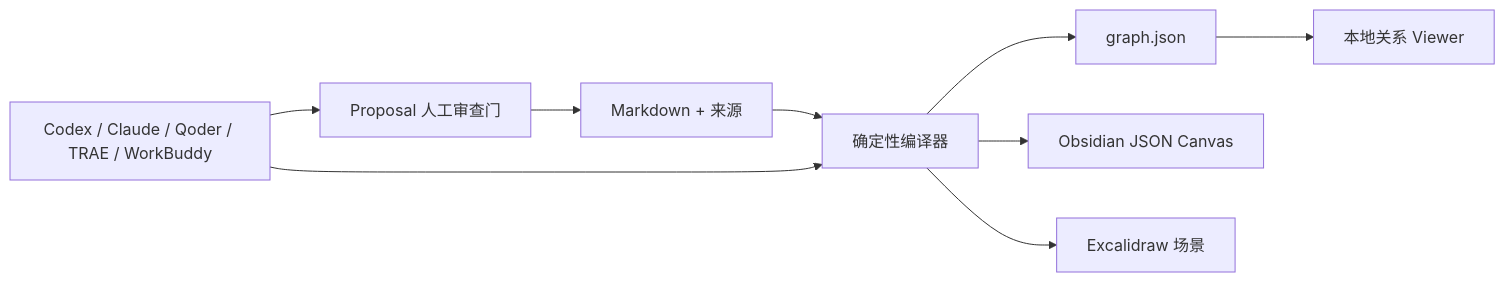
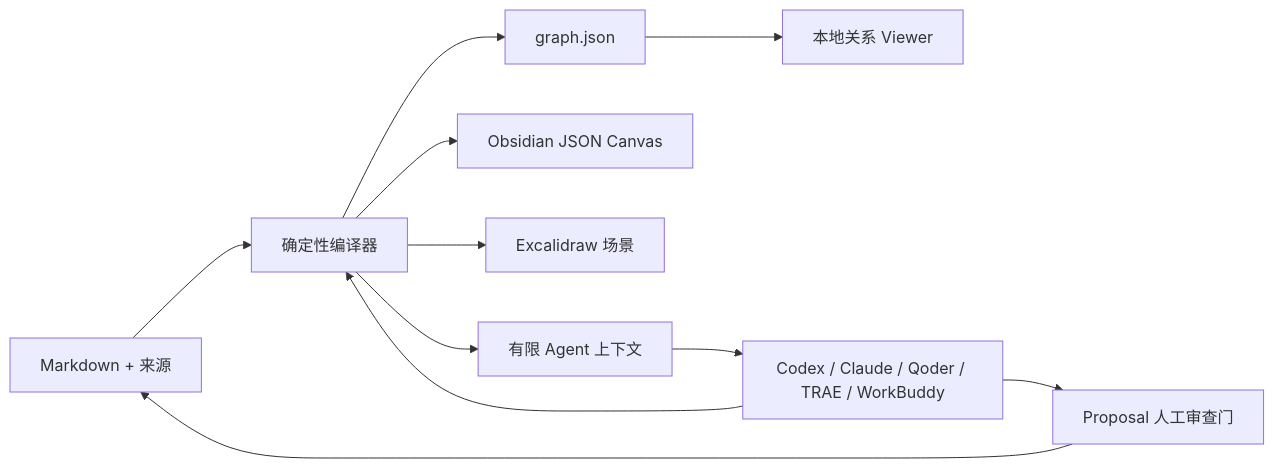
Before and after one commit to chicogong/llm-wiki-canvas: the diagram in README.zh-CN.md, drawn with Mermaid. The commit also changed other lines of this file and 27 other files, not shown here.

````diff
--- a/README.zh-CN.md
+++ b/README.zh-CN.md
@@ -189,11 +190,13 @@
 ```mermaid
 flowchart LR
   M["Markdown + 来源"] --> C["确定性编译器"]
   C --> G["graph.json"]
   C --> J["Obsidian JSON Canvas"]
   C --> E["Excalidraw 场景"]
+  C --> K["有限 Agent 上下文"]
   G --> V["本地关系 Viewer"]
   S["Codex / Claude / Qoder / TRAE / WorkBuddy"] --> P["Proposal 人工审查门"]
+  K --> S
   P --> M
   S --> C
 ```
````
